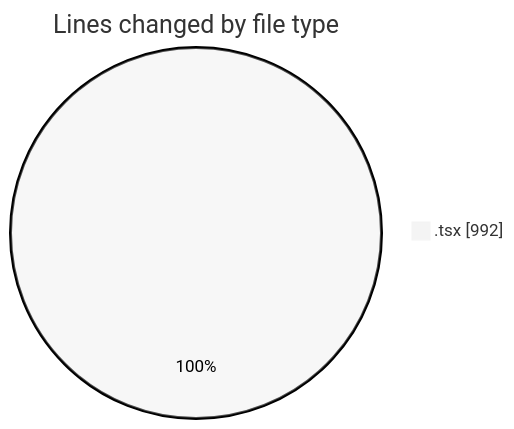
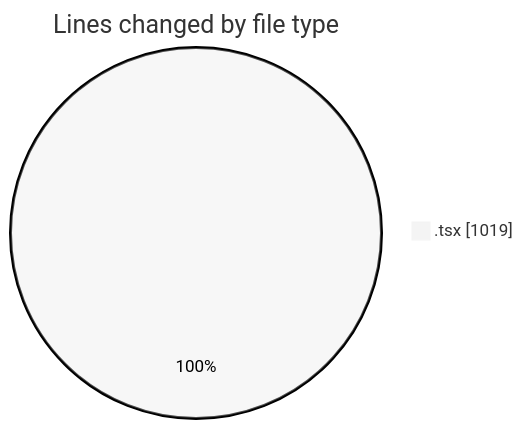
One commit to momahboobian/code-tracking changed the first of 2 diagrams in 2025-06-17/cda/README.md. Above: the diagram before and after it, drawn with Mermaid (neutral theme). The commit also changed other lines of this file and 1 other file, not shown here.

````diff
--- a/2025-06-17/cda/README.md
+++ b/2025-06-17/cda/README.md
@@ -21,5 +21,5 @@
 ```mermaid
 pie showData
 title Lines changed by file type
-".tsx" : 992
+".tsx" : 1019
 ```
````
